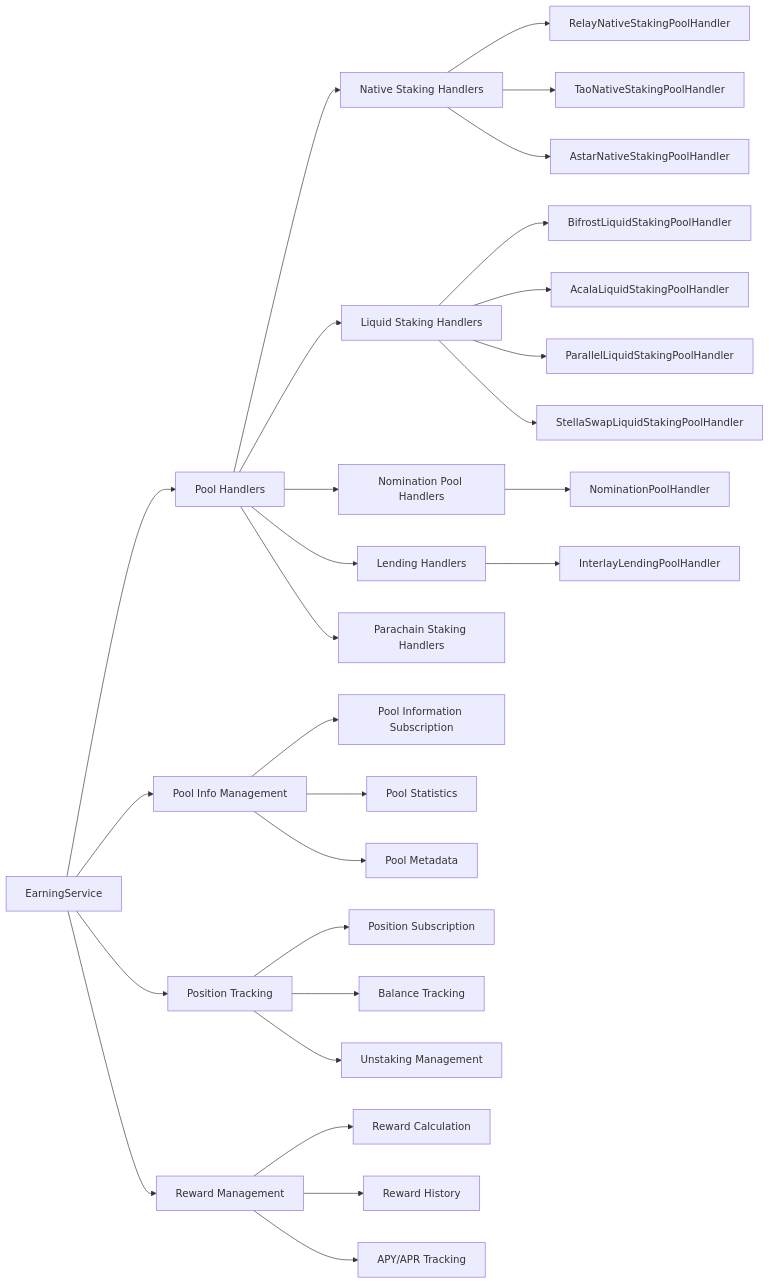
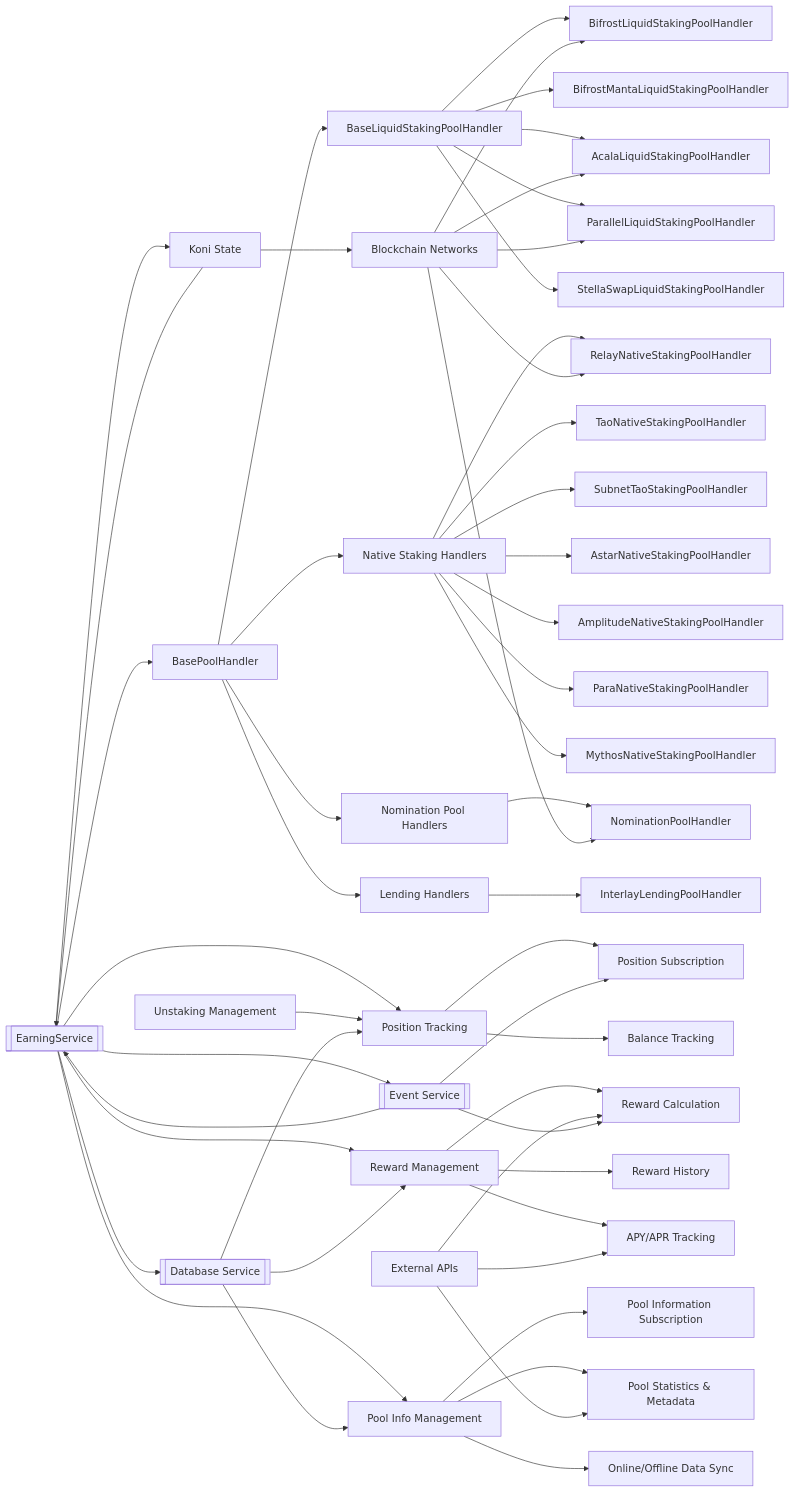
One commit to Koniverse/SubWallet-Extension changed the first of 6 diagrams in packages/extension-base/src/services/earning-service/README.md. Above: the diagram before and after it, drawn with Mermaid. The commit also changed other lines of this file and 1 other file, not shown here.

Commit message:
Update documentation for Earning Service

````diff
--- a/packages/extension-base/src/services/earning-service/README.md
+++ b/packages/extension-base/src/services/earning-service/README.md
@@ -11,38 +11,83 @@
 ```mermaid
 graph LR
-    A[EarningService] --> B[Pool Handlers]
+    %% Core Service
+    A[[EarningService]] --> B[BasePoolHandler]
+    A --> DB[[Database Service]]
+    A --> ES[[Event Service]]
+    A --> KS[Koni State]
+    
+    %% Handler Inheritance Hierarchy
+    B --> BLS[BaseLiquidStakingPoolHandler]
+    B --> NSH[Native Staking Handlers]
+    B --> NPH[Nomination Pool Handlers]
+    B --> LH[Lending Handlers]
+    
+    %% Liquid Staking Implementations
+    BLS --> BLSH[BifrostLiquidStakingPoolHandler]
+    BLS --> BMLS[BifrostMantaLiquidStakingPoolHandler]
+    BLS --> ALSH[AcalaLiquidStakingPoolHandler]
+    BLS --> PLSH[ParallelLiquidStakingPoolHandler]
+    BLS --> SSLS[StellaSwapLiquidStakingPoolHandler]
+    
+    %% Native Staking Implementations
+    NSH --> RNSH[RelayNativeStakingPoolHandler]
+    NSH --> TNSH[TaoNativeStakingPoolHandler]
+    NSH --> SNSH[SubnetTaoStakingPoolHandler]
+    NSH --> ANSH[AstarNativeStakingPoolHandler]
+    NSH --> AMNS[AmplitudeNativeStakingPoolHandler]
+    NSH --> PNSH[ParaNativeStakingPoolHandler]
+    NSH --> MNSH[MythosNativeStakingPoolHandler]
+    
+    %% Other Handler Types
+    NPH --> NPH1[NominationPoolHandler]
+    LH --> ILH[InterlayLendingPoolHandler]
+    
+    %% Data Flow and Management
     A --> C[Pool Info Management]
     A --> D[Position Tracking]
     A --> E[Reward Management]
     
-    B --> F[Native Staking Handlers]
-    B --> G[Liquid Staking Handlers]
-    B --> H[Nomination Pool Handlers]
-    B --> I[Lending Handlers]
-    B --> J[Parachain Staking Handlers]
+    C --> C1[Pool Information Subscription]
+    C --> C2[Pool Statistics & Metadata]
+    C --> C3[Online/Offline Data Sync]
     
-    F --> K[RelayNativeStakingPoolHandler]
-    F --> L[TaoNativeStakingPoolHandler]
-    F --> M[AstarNativeStakingPoolHandler]
+    D --> D1[Position Subscription]
+    D --> D2[Balance Tracking]
+    D3[Unstaking Management] --> D
     
-    G --> N[BifrostLiquidStakingPoolHandler]
-    G --> O[AcalaLiquidStakingPoolHandler]
-    G --> P[ParallelLiquidStakingPoolHandler]
-    G --> Q[StellaSwapLiquidStakingPoolHandler]
+    E --> E1[Reward Calculation]
+    E --> E2[Reward History]
+    E --> E3[APY/APR Tracking]
     
-    H --> R[NominationPoolHandler]
+    %% External Dependencies
+    CHAIN[Blockchain Networks] --> BLSH
+    CHAIN --> ALSH
+    CHAIN --> PLSH
+    CHAIN --> RNSH
+    CHAIN --> NPH1
     
-    I --> S[InterlayLendingPoolHandler]
+    API[External APIs] --> E1
+    API --> E3
+    API --> C2
     
-    C --> T[Pool Information Subscription]
-    C --> U[Pool Statistics]
-    C --> V[Pool Metadata]
+    %% Data Persistence
+    DB --> D
+    DB --> E
+    DB --> C
     
-    D --> W[Position Subscription]
-    D --> X[Balance Tracking]
-    D --> Y[Unstaking Management]
+    %% Event System
+    ES --> A
+    ES --> D1
+    ES --> E1
     
-    E --> Z[Reward Calculation]
-    E --> AA[Reward History]
-    E --> BB[APY/APR Tracking]
+    %% State Management
+    KS --> A
+    KS --> CHAIN
+    
+    class A service
+    class B,BLS,NSH,NPH,LH handler
+    class BLSH,BMLS,ALSH,PLSH,SSLS liquidStaking
+    class RNSH,TNSH,SNSH,ANSH,AMNS,PNSH,MNSH nativeStaking
+    class CHAIN,API external
+    class C,D,E,DB,ES,KS data
 ```
````
